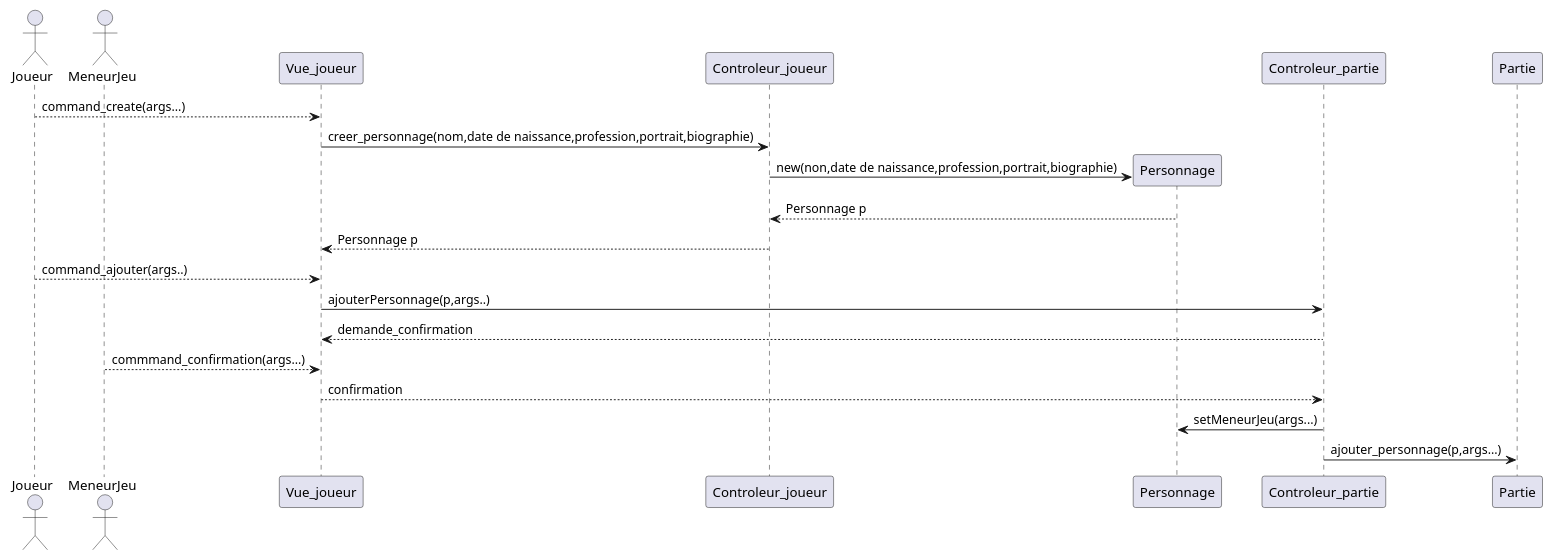
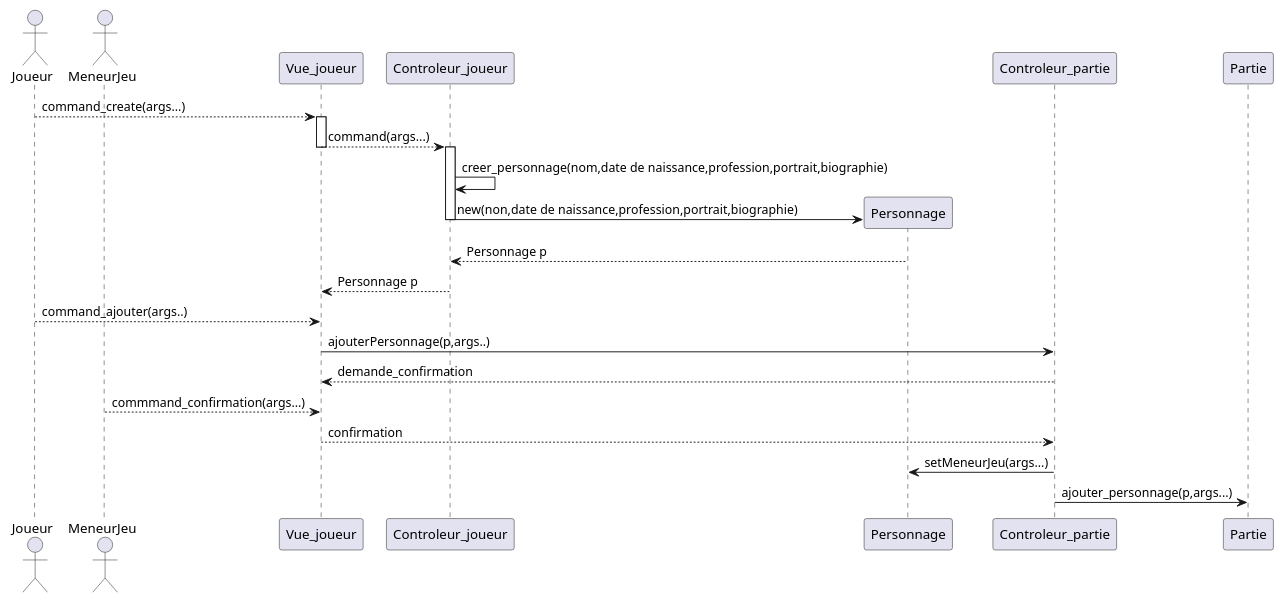
The diagram in diagrams/sequence_technique_ajouter_personnage.wsd (Stefy237/projet-gl), drawn with PlantUML before and after one commit. The commit also changed 46 other files, not shown here.

```diff
--- a/diagrams/sequence_technique_ajouter_personnage.wsd
+++ b/diagrams/sequence_technique_ajouter_personnage.wsd
@@ -1,22 +1,33 @@
 @startuml
 actor Joueur
 actor MeneurJeu
 
 Joueur --> Vue_joueur: command_create(args...)
-Vue_joueur -> Controleur_joueur: creer_personnage(nom,date de naissance,profession,portrait,biographie)
+activate Vue_joueur
+Vue_joueur --> Controleur_joueur: command(args...)
+deactivate Vue_joueur
+
+
+activate Controleur_joueur
+Controleur_joueur -> Controleur_joueur  : creer_personnage(nom,date de naissance,profession,portrait,biographie)
+'deactivate Controleur_joueur
+
+
+
+
 create Personnage
 Controleur_joueur -> Personnage: new(non,date de naissance,profession,portrait,biographie)
-
+deactivate Controleur_joueur
 Personnage --> Controleur_joueur: Personnage p
 Controleur_joueur --> Vue_joueur: Personnage p
 Joueur --> Vue_joueur: command_ajouter(args..)
 
 Vue_joueur -> Controleur_partie: ajouterPersonnage(p,args..)
 Controleur_partie --> Vue_joueur: demande_confirmation
 'Vue_joueur->MeneurJeu: demande_confirmation
 MeneurJeu --> Vue_joueur: commmand_confirmation(args...)
 Vue_joueur --> Controleur_partie: confirmation
 Controleur_partie -> Personnage: setMeneurJeu(args...)
 Controleur_partie -> Partie : ajouter_personnage(p,args...)
 'Partie-> Controleur_partie: demande_confirmation()
 @enduml
```
